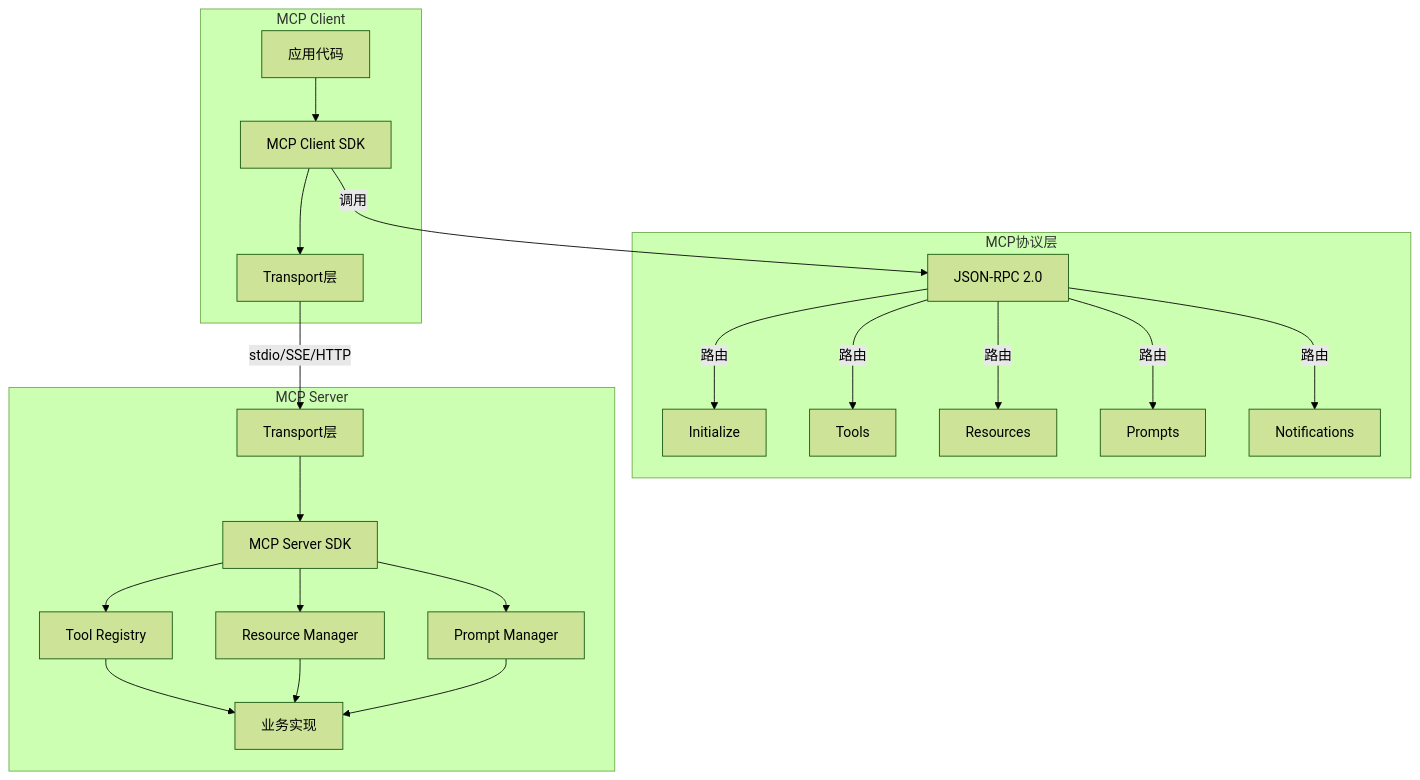
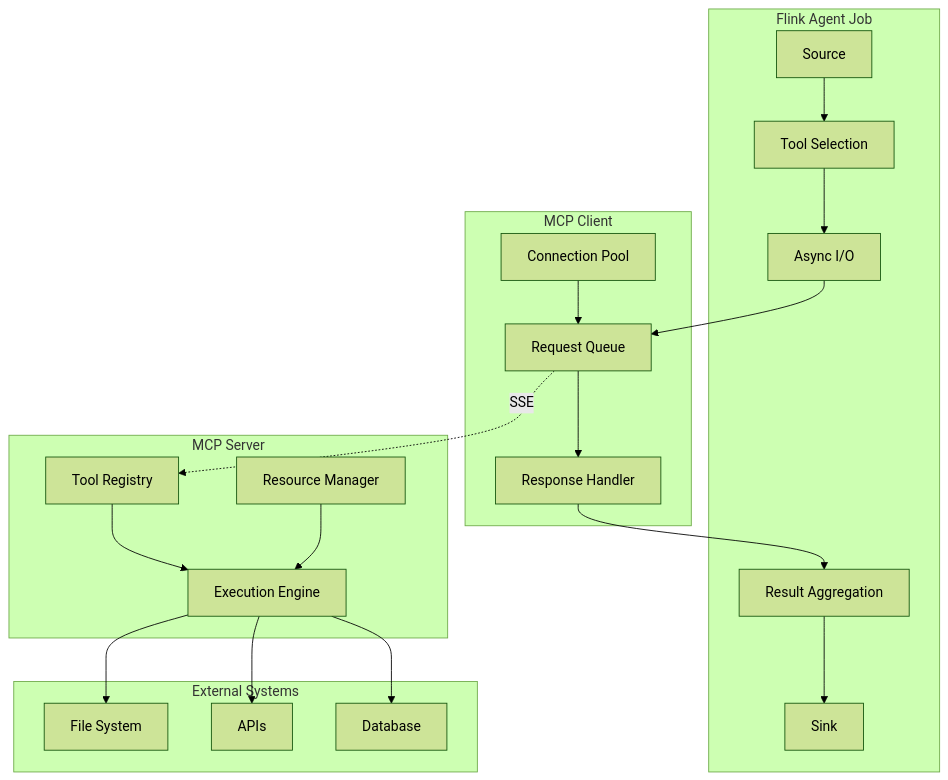
Before and after one commit to AdaMartin18010/AnalysisDataFlow: the second of 4 diagrams in Flink/06-ai-ml/flink-agents-mcp-integration.md, drawn with Mermaid (forest theme). The commit also changed other lines of this file and 259 other files, not shown here.

````diff
--- a/Flink/06-ai-ml/flink-agents-mcp-integration.md
+++ b/Flink/06-ai-ml/flink-agents-mcp-integration.md
@@ -1189,44 +855,42 @@
 ```mermaid
 graph TB
-    subgraph Client["MCP Client"]
-        C1[应用代码]
-        C2[MCP Client SDK]
-        C3[Transport层]
+    subgraph "Flink Agent Job"
+        F1[Source]
+        F2[Tool Selection]
+        F3[Async I/O]
+        F4[Result Aggregation]
+        F5[Sink]
     end
-
-    subgraph Protocol["MCP协议层"]
-        P1[JSON-RPC 2.0]
-        P2[Initialize]
-        P3[Tools]
-        P4[Resources]
-        P5[Prompts]
-        P6[Notifications]
+    
+    subgraph "MCP Client"
+        M1[Connection Pool]
+        M2[Request Queue]
+        M3[Response Handler]
     end
-
-    subgraph Server["MCP Server"]
-        S1[Transport层]
-        S2[MCP Server SDK]
-        S3[Tool Registry]
-        S4[Resource Manager]
-        S5[Prompt Manager]
-        S6[业务实现]
+    
+    subgraph "MCP Server"
+        S1[Tool Registry]
+        S2[Resource Manager]
+        S3[Execution Engine]
     end
-
-    C1 --> C2
-    C2 --> C3
-    C3 -->|stdio/SSE/HTTP| S1
-    S1 --> S2
+    
+    subgraph "External Systems"
+        E1[Database]
+        E2[APIs]
+        E3[File System]
+    end
+    
+    F1 --> F2
+    F2 --> F3
+    F3 --> M2
+    M1 --> M2
+    M2 --> M3
+    M2 -.->|SSE| S1
+    S1 --> S3
     S2 --> S3
-    S2 --> S4
-    S2 --> S5
-    S3 --> S6
-    S4 --> S6
-    S5 --> S6
-
-    C2 -->|调用| P1
-    P1 -->|路由| P2
-    P1 -->|路由| P3
-    P1 -->|路由| P4
-    P1 -->|路由| P5
-    P1 -->|路由| P6
+    S3 --> E1
+    S3 --> E2
+    S3 --> E3
+    M3 --> F4
+    F4 --> F5
 ```
````
